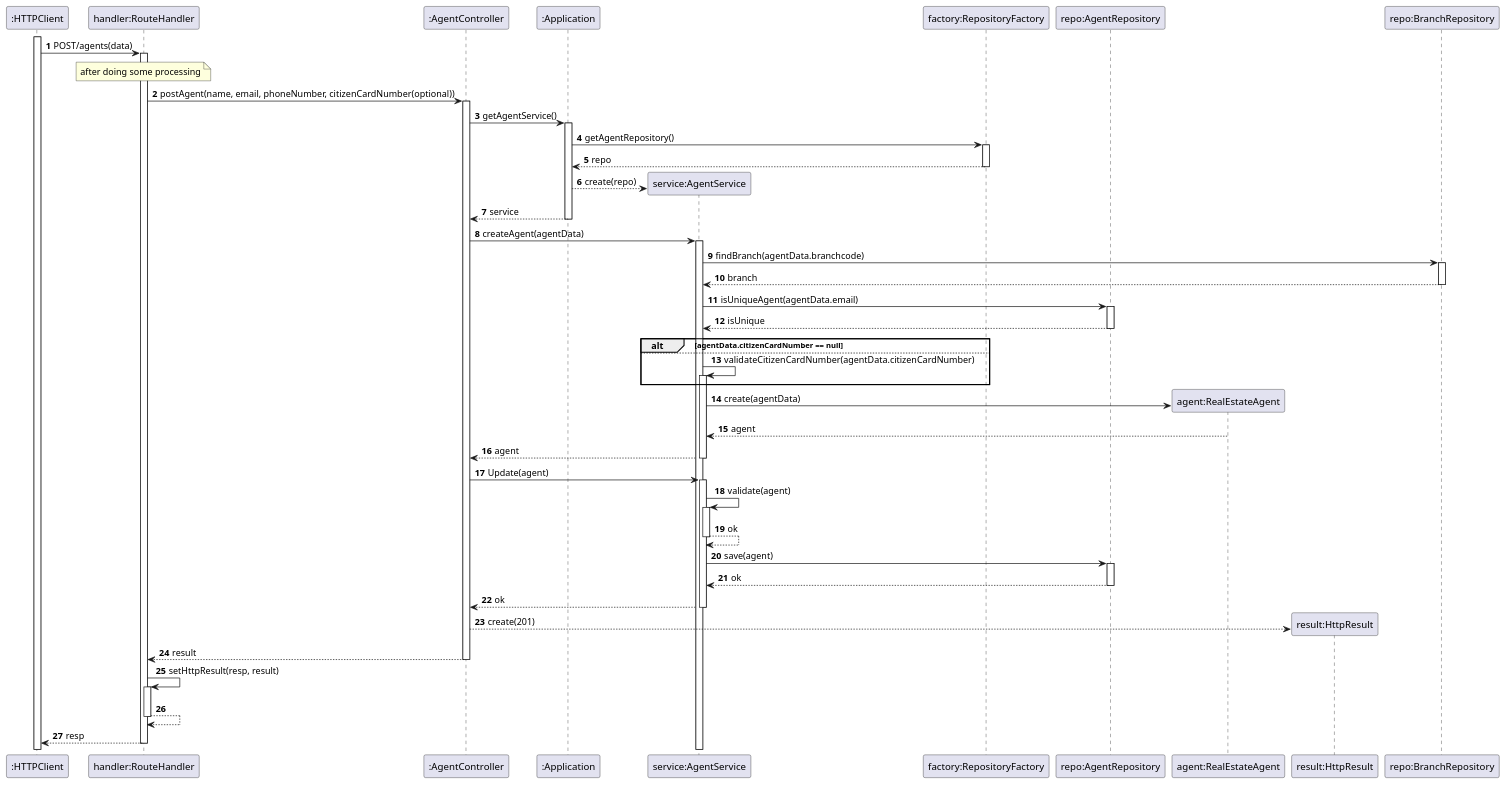
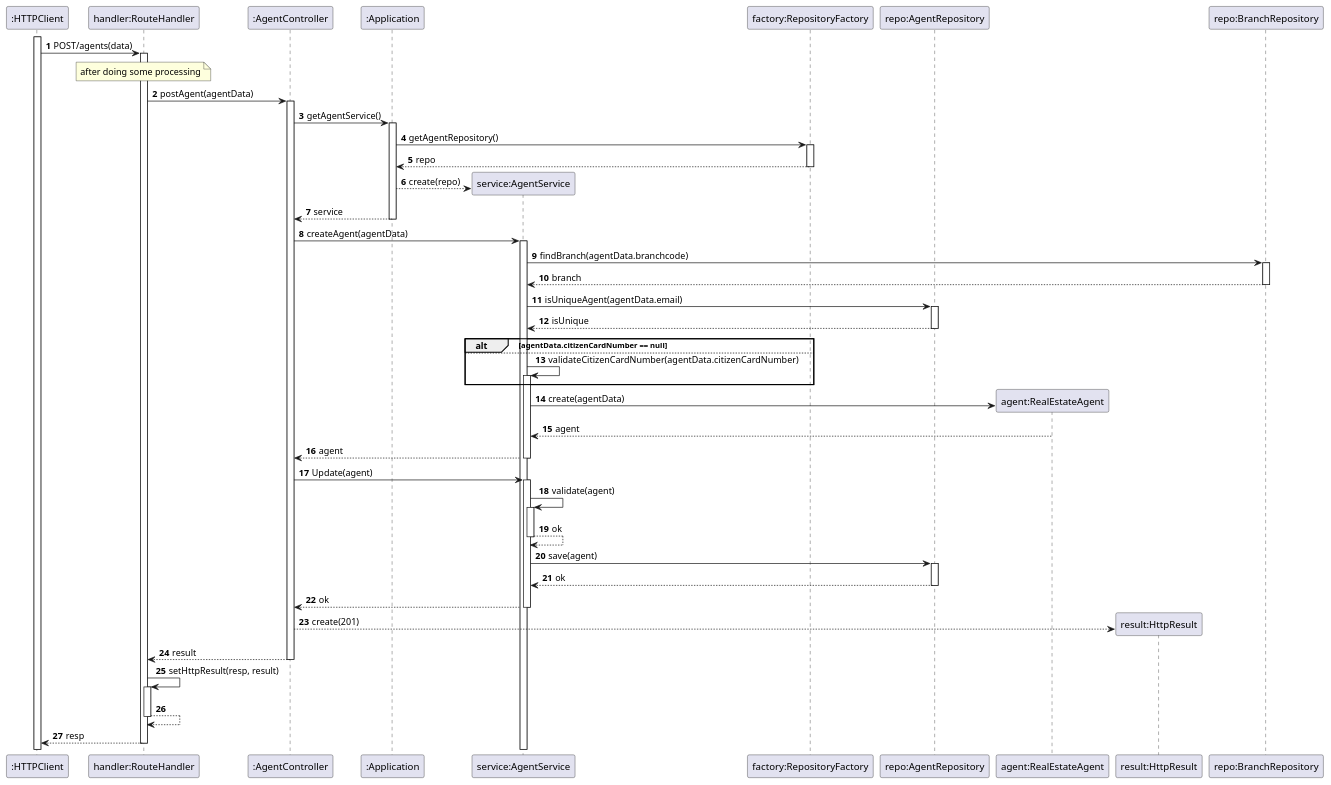
One commit to goncalomaia18/leti-esoft-24-25-A2 changed the diagram in docs/Sprint4/US11/US11-SD-RestAPI-Simplified.puml. Above: the diagram before and after it, drawn with PlantUML.

```diff
--- a/docs/Sprint4/US11/US11-SD-RestAPI-Simplified.puml
+++ b/docs/Sprint4/US11/US11-SD-RestAPI-Simplified.puml
@@ -1,54 +1,54 @@
 @startuml
 'https://plantuml.com/sequence-diagram
 autoactivate on
 autonumber
 
 participant ":HTTPClient" as HTTPClient
 participant "handler:RouteHandler" as System
 participant ":AgentController" as Ctrl
 participant ":Application" as App
 participant "service:AgentService" as Service
 participant "factory:RepositoryFactory" as Factory
 participant "repo:AgentRepository" as Repo
 participant "agent:RealEstateAgent" as Agent
 participant "result:HttpResult" as Result
 participant "repo:BranchRepository" as BranchRepo
 activate HTTPClient
 
 HTTPClient -> System: POST/agents(data)
 
 note over System: after doing some processing
 
-System -> Ctrl: postAgent(name, email, phoneNumber, citizenCardNumber(optional))
+System -> Ctrl: postAgent(agentData)
 Ctrl -> App: getAgentService()
 App -> Factory : getAgentRepository()
 Factory --> App: repo
 App --> Service**: create(repo)
 App --> Ctrl: service
 Ctrl -> Service: createAgent(agentData)
 
 Service -> BranchRepo: findBranch(agentData.branchcode)
 BranchRepo --> Service: branch
 
 Service -> Repo: isUniqueAgent(agentData.email)
 Repo --> Service: isUnique
 alt agentData.citizenCardNumber == null
 else
     Service -> Service: validateCitizenCardNumber(agentData.citizenCardNumber)
 end
 Service -> Agent**: create(agentData)
 Agent --> Service: agent
 Service --> Ctrl: agent
 Ctrl -> Service: Update(agent)
 Service -> Service : validate(agent)
 Service --> Service : ok
 Service -> Repo: save(agent)
 Repo --> Service: ok
 Service --> Ctrl: ok
 Ctrl --> Result**: create(201)
 Ctrl --> System: result
 System -> System: setHttpResult(resp, result)
 System --> System:
 System --> HTTPClient: resp
 
 @enduml
```
